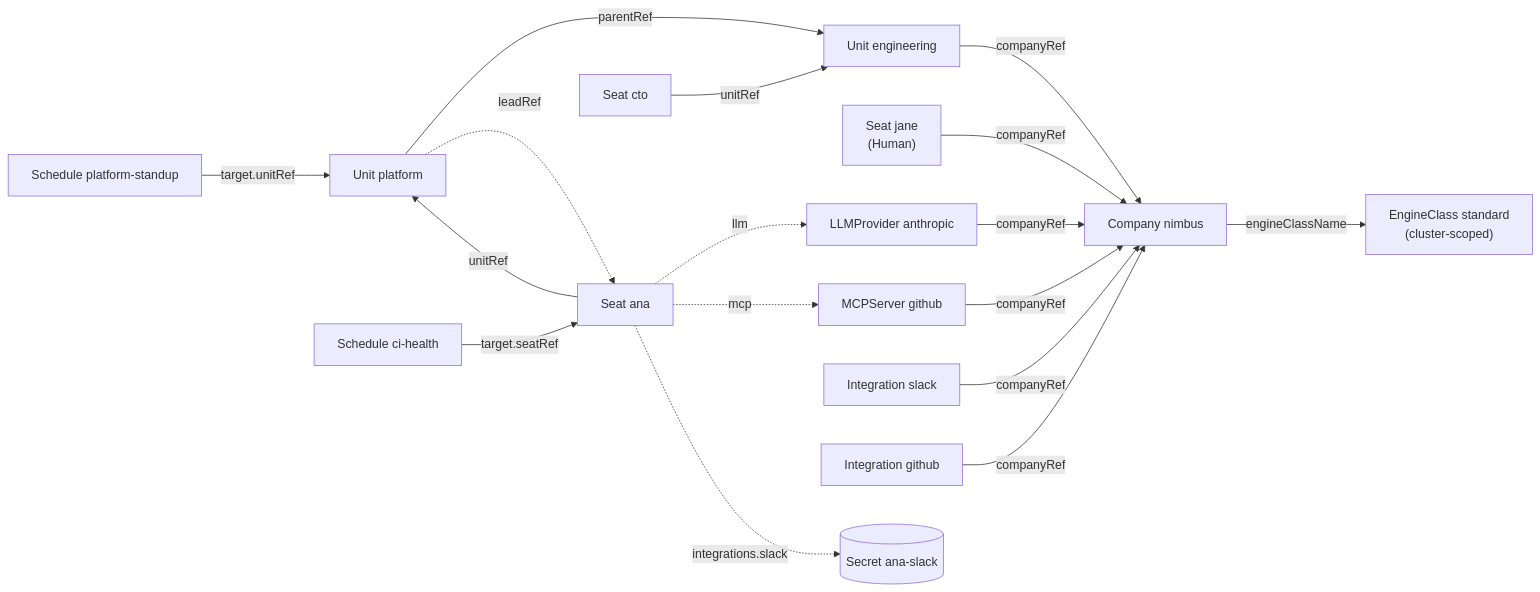
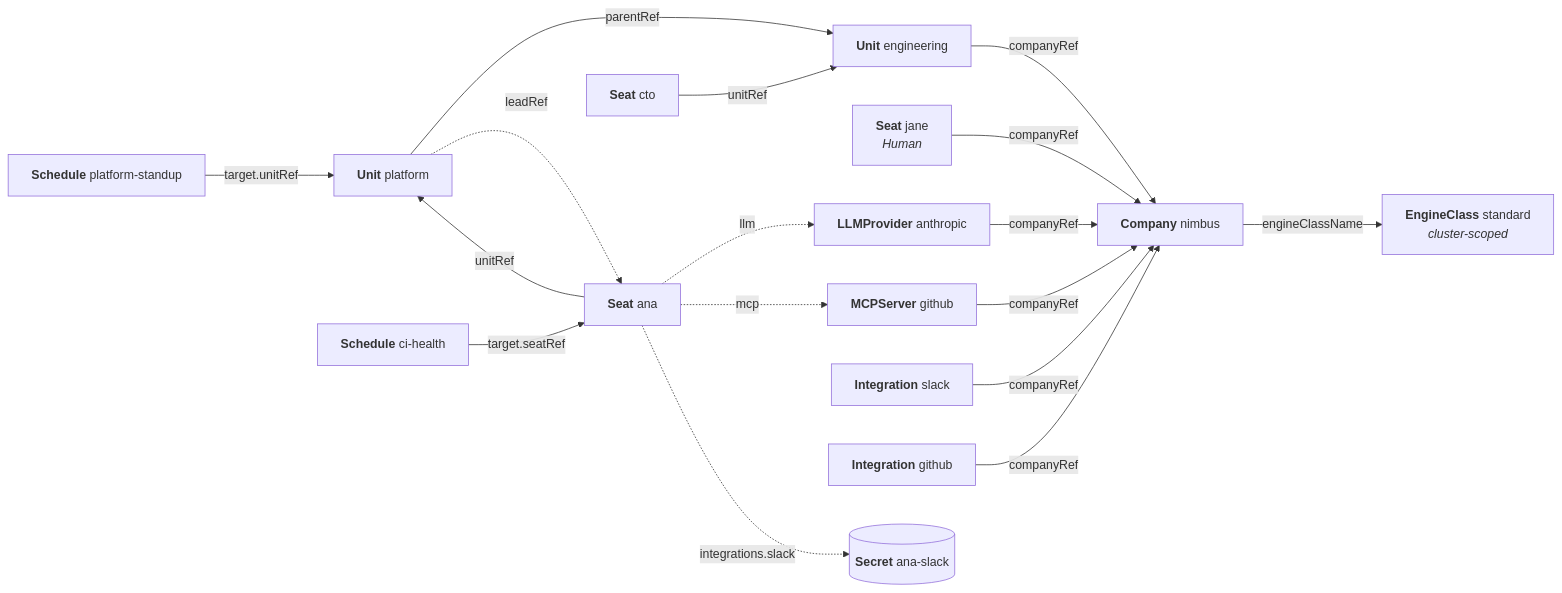
The diagram in docs/concepts/overview.md (crewlet/crewlet-operator), drawn with Mermaid before and after one commit. The commit also changed other lines of this file and 5 other files, not shown here.

````diff
--- a/docs/concepts/overview.md
+++ b/docs/concepts/overview.md
@@ -41,34 +57,34 @@
 ```mermaid
-graph LR
-  EC["EngineClass standard<br/>(cluster-scoped)"]
-  C[Company nimbus]
-  U1[Unit engineering]
-  U2[Unit platform]
-  S1[Seat ana]
-  S2[Seat cto]
-  S3["Seat jane<br/>(Human)"]
-  P[LLMProvider anthropic]
-  M[MCPServer github]
-  I1[Integration slack]
-  I2[Integration github]
-  SCH1[Schedule platform-standup]
-  SCH2[Schedule ci-health]
-  SEC[("Secret ana-slack")]
+flowchart LR
+  EC["<b>EngineClass</b> standard<br/><i>cluster-scoped</i>"]
+  C["<b>Company</b> nimbus"]
+  U1["<b>Unit</b> engineering"]
+  U2["<b>Unit</b> platform"]
+  S1["<b>Seat</b> ana"]
+  S2["<b>Seat</b> cto"]
+  S3["<b>Seat</b> jane<br/><i>Human</i>"]
+  P["<b>LLMProvider</b> anthropic"]
+  M["<b>MCPServer</b> github"]
+  I1["<b>Integration</b> slack"]
+  I2["<b>Integration</b> github"]
+  SCH1["<b>Schedule</b> platform-standup"]
+  SCH2["<b>Schedule</b> ci-health"]
+  SEC[("<b>Secret</b> ana-slack")]
 
   C -- engineClassName --> EC
   U1 -- companyRef --> C
   U2 -- parentRef --> U1
   S1 -- unitRef --> U2
   S2 -- unitRef --> U1
   S3 -- companyRef --> C
   U2 -. leadRef .-> S1
   P -- companyRef --> C
   M -- companyRef --> C
   I1 -- companyRef --> C
   I2 -- companyRef --> C
   S1 -. llm .-> P
   S1 -. mcp .-> M
   S1 -.->|integrations.slack| SEC
   SCH1 -- target.unitRef --> U2
   SCH2 -- target.seatRef --> S1
 ```
````
